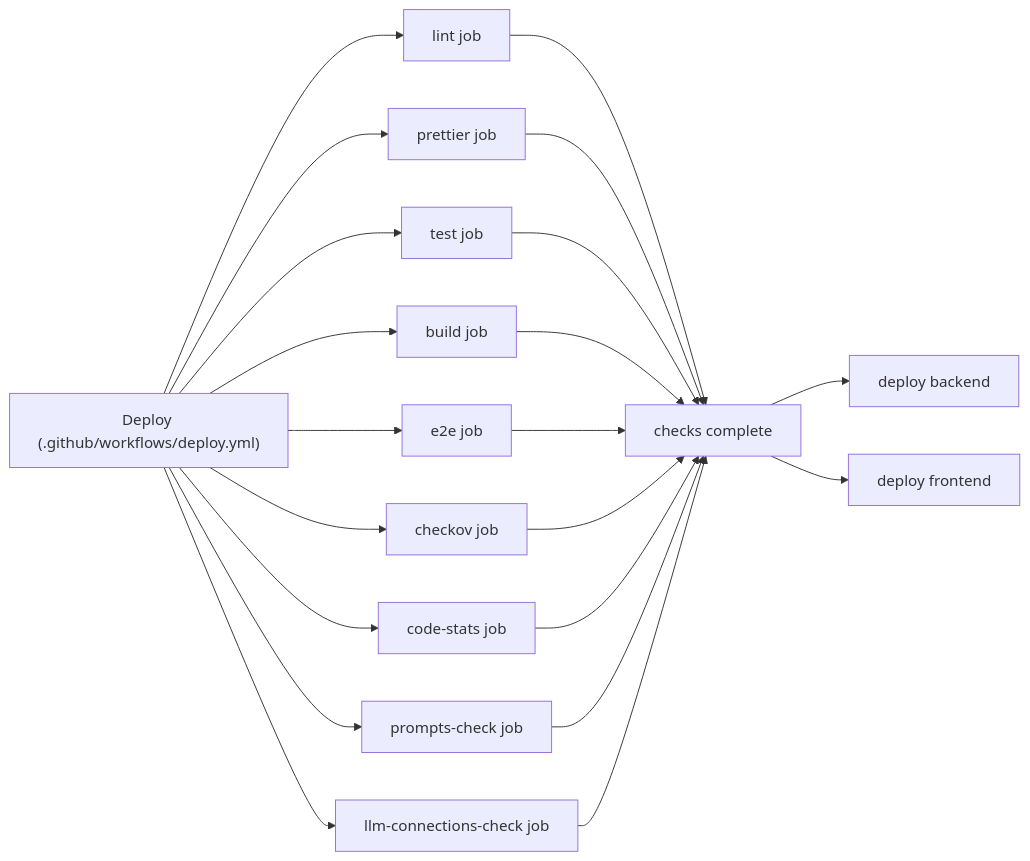
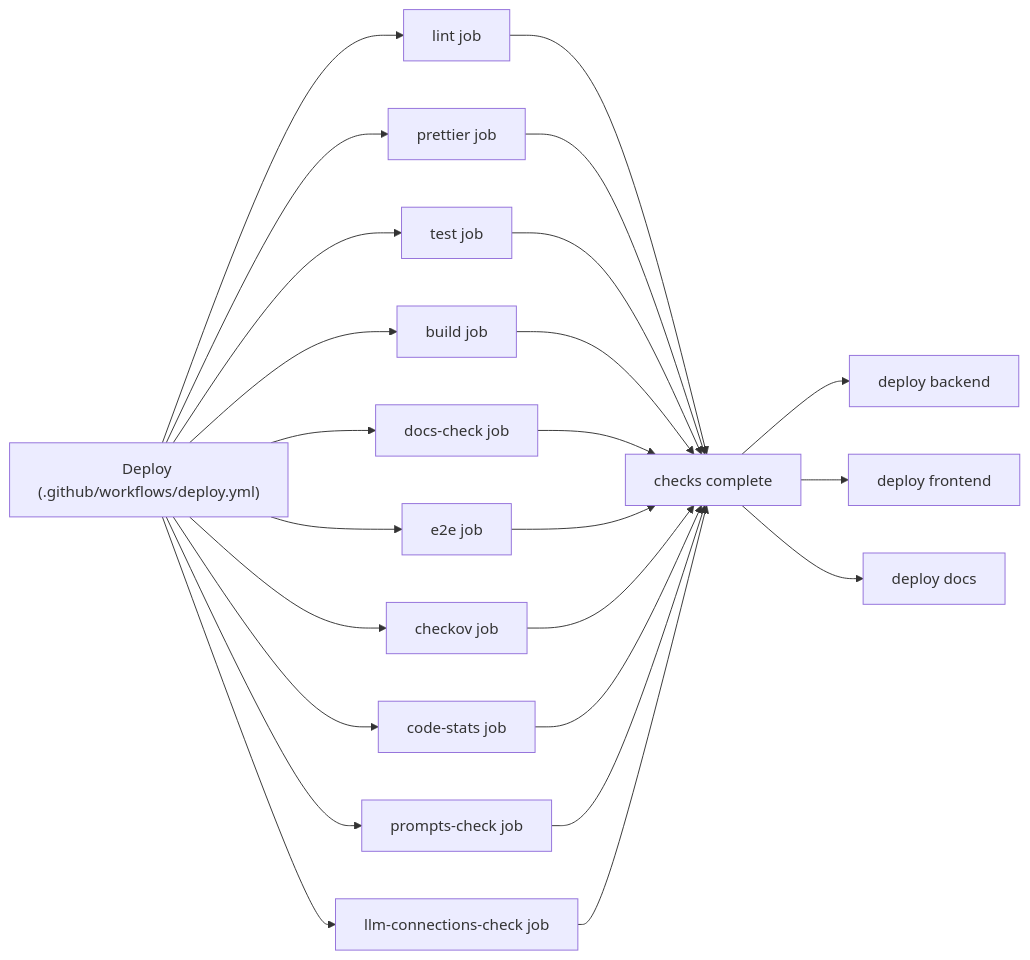
One commit to Chronote-gg/Chronote changed the fourth of 4 diagrams in README.md. Above: the diagram before and after it, drawn with Mermaid. The commit also changed other lines of this file and 34 other files, not shown here.

````diff
--- a/README.md
+++ b/README.md
@@ -121,23 +126,26 @@
 ```mermaid
 flowchart LR
   A["Deploy (.github/workflows/deploy.yml)"] --> B["lint job"]
   A --> C["prettier job"]
   A --> D["test job"]
   A --> E["build job"]
-  A --> F["e2e job"]
-  A --> G["checkov job"]
-  A --> H["code-stats job"]
+  A --> F["docs-check job"]
+  A --> G["e2e job"]
+  A --> H["checkov job"]
+  A --> I["code-stats job"]
   A --> P["prompts-check job"]
   A --> Q["llm-connections-check job"]
   B --> Z["checks complete"]
   C --> Z
   D --> Z
   E --> Z
   F --> Z
   G --> Z
   H --> Z
+  I --> Z
   P --> Z
   Q --> Z
-  Z --> I["deploy backend"]
+  Z --> L["deploy backend"]
   Z --> J["deploy frontend"]
+  Z --> K["deploy docs"]
 ```
````
